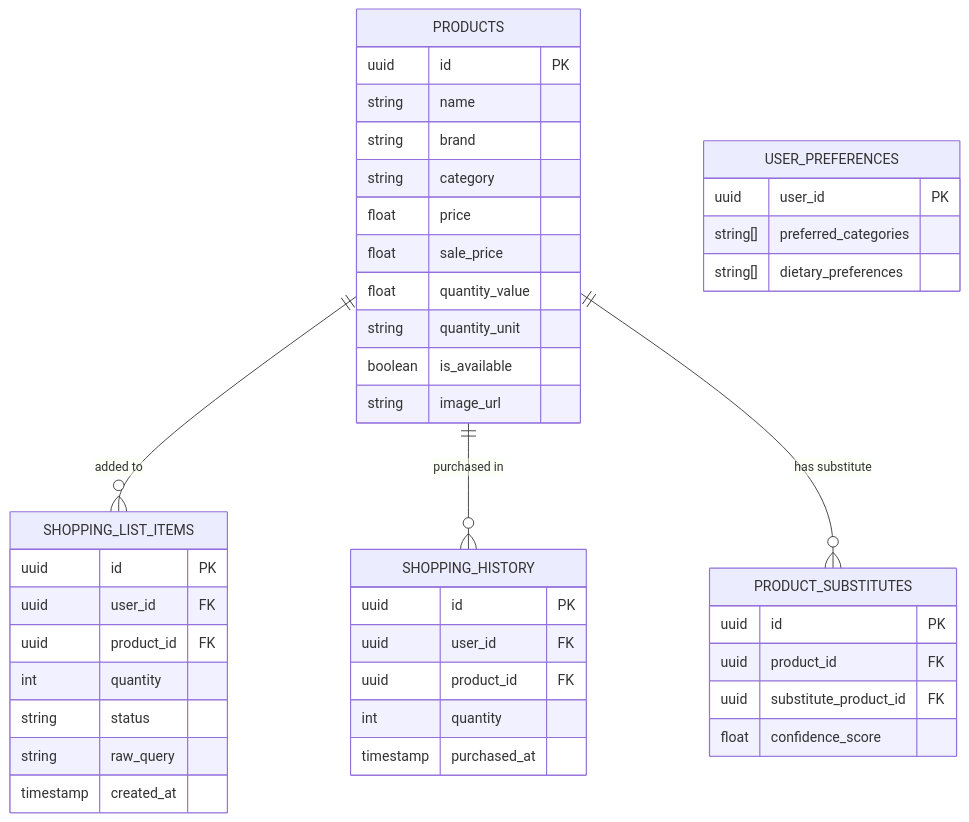
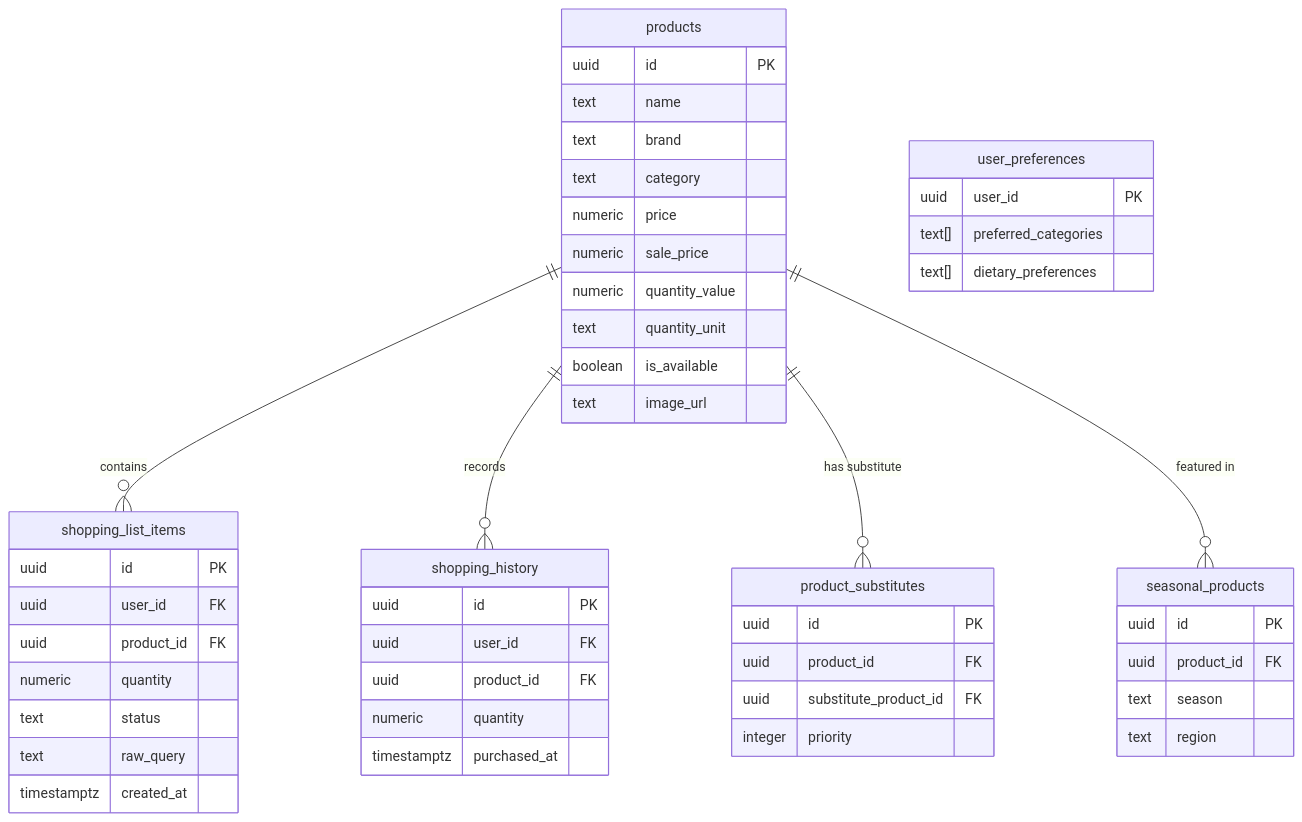
One commit to somiya-namdeo/VERBALIST changed the third of 3 diagrams in README.md. Above: the diagram before and after it, drawn with Mermaid. The commit also changed other lines of this file, not shown here.

````diff
--- a/README.md
+++ b/README.md
@@ -133,50 +139,58 @@
 ```mermaid
 erDiagram
-    PRODUCTS {
+    products {
         uuid id PK
-        string name
-        string brand
-        string category
-        float price
-        float sale_price
-        float quantity_value
-        string quantity_unit
+        text name
+        text brand
+        text category
+        numeric price
+        numeric sale_price
+        numeric quantity_value
+        text quantity_unit
         boolean is_available
-        string image_url
+        text image_url
     }
     
-    SHOPPING_LIST_ITEMS {
+    shopping_list_items {
         uuid id PK
         uuid user_id FK
         uuid product_id FK
-        int quantity
-        string status
-        string raw_query
-        timestamp created_at
+        numeric quantity
+        text status
+        text raw_query
+        timestamptz created_at
     }
     
-    SHOPPING_HISTORY {
+    shopping_history {
         uuid id PK
         uuid user_id FK
         uuid product_id FK
-        int quantity
-        timestamp purchased_at
+        numeric quantity
+        timestamptz purchased_at
+    }
+    
+    user_preferences {
+        uuid user_id PK
+        text[] preferred_categories
+        text[] dietary_preferences
     }
 
-    PRODUCT_SUBSTITUTES {
+    product_substitutes {
         uuid id PK
         uuid product_id FK
         uuid substitute_product_id FK
-        float confidence_score
-    }
-    
-    USER_PREFERENCES {
-        uuid user_id PK
-        string[] preferred_categories
-        string[] dietary_preferences
+        integer priority
     }
 
-    PRODUCTS ||--o{ SHOPPING_LIST_ITEMS : "added to"
-    PRODUCTS ||--o{ SHOPPING_HISTORY : "purchased in"
-    PRODUCTS ||--o{ PRODUCT_SUBSTITUTES : "has substitute"
+    seasonal_products {
+        uuid id PK
+        uuid product_id FK
+        text season
+        text region
+    }
+
+    products ||--o{ shopping_list_items : "contains"
+    products ||--o{ shopping_history : "records"
+    products ||--o{ product_substitutes : "has substitute"
+    products ||--o{ seasonal_products : "featured in"
 ```
````
